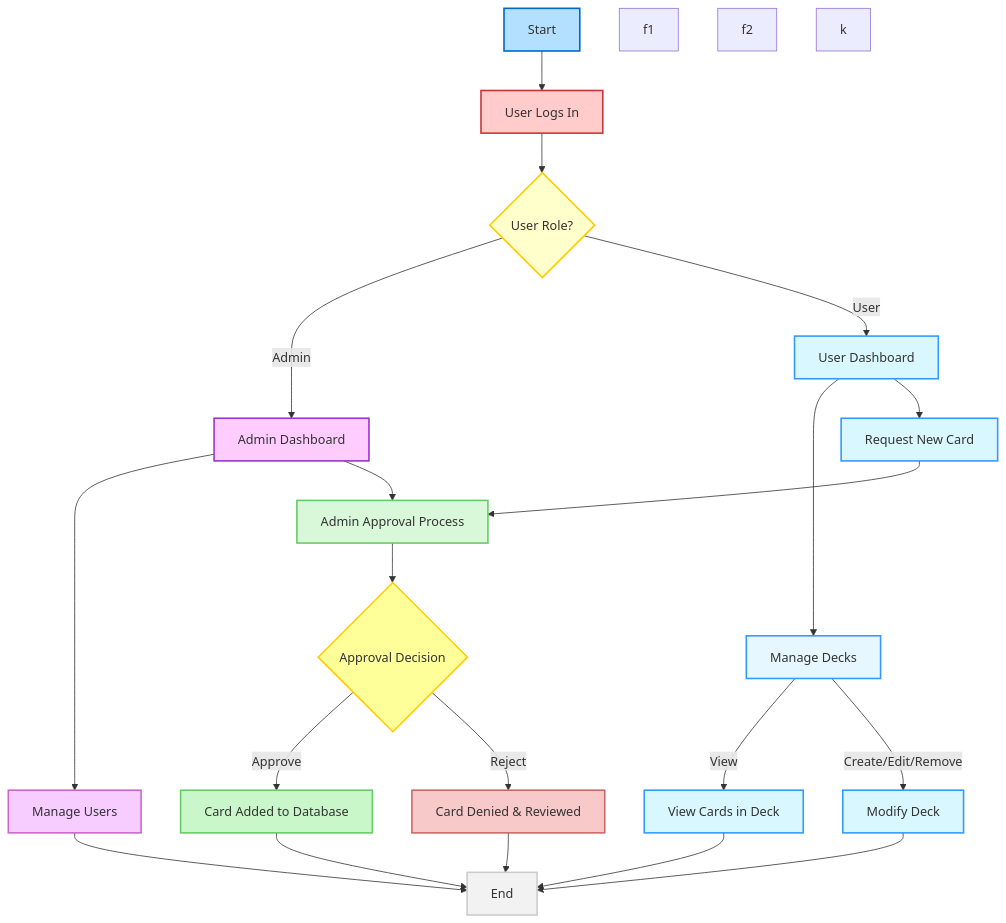
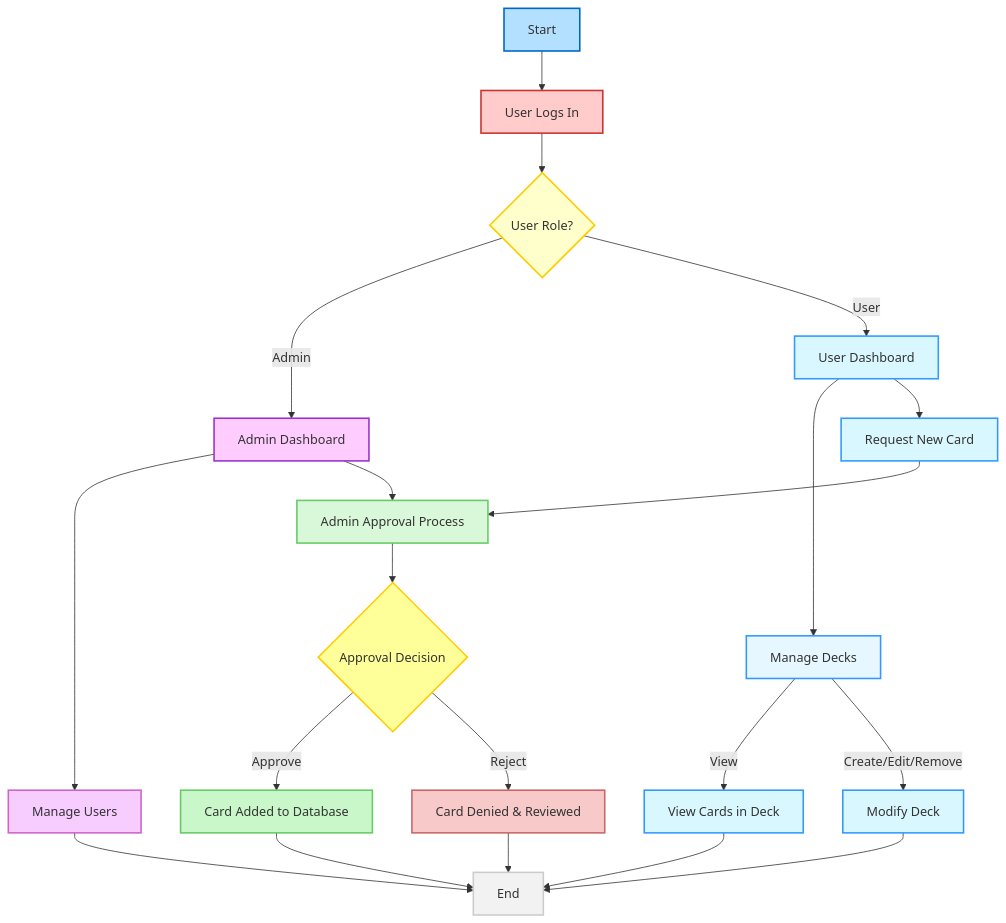
One commit to LoganPickell/git-practice-LoganPickell changed the second of 2 diagrams in Diagrams/READMYDIAGAMS.md. Above: the diagram before and after it, drawn with Mermaid.

Commit message:
Fix my fix for text color

````diff
--- a/Diagrams/READMYDIAGAMS.md
+++ b/Diagrams/READMYDIAGAMS.md
@@ -53,61 +53,61 @@
 ```mermaid
 flowchart TD
     %% Start Point
     A[Start] --> B[User Logs In]
 
     %% Role Decision
     B --> C{User Role?}
     C -->|Admin| D[Admin Dashboard]
     C -->|User| E[User Dashboard]
 
     %% User Dashboard Actions
     E --> F[Manage Decks]
     F -->|View| F1[View Cards in Deck]
     F -->|Create/Edit/Remove| F2[Modify Deck]
     E --> K[Request New Card]
 
     %% Admin Actions
     D --> N[Manage Users]
     D --> M[Admin Approval Process]
 
     %% Card Request linked to Admin Approval
     K --> M
 
     %% Approval Decision
     M --> M1{Approval Decision}
     M1 -->|Approve| O[Card Added to Database]
     M1 -->|Reject| P[Card Denied & Reviewed]
 
     %% End Point
     O --> V[End]
     P --> V
     F1 --> V
     F2 --> V
     N --> V
 
     %% Styling
     style A fill:#b3e0ff,stroke:#0066cc,stroke-width:2px, color:000000
     style B fill:#ffcccb,stroke:#cc3333,stroke-width:2px, color:000000
     style C fill:#ffffcc,stroke:#ffcc00,stroke-width:2px, color:000000
     style E fill:#d9f7ff,stroke:#3399ff,stroke-width:2px, color:000000
     style F fill:#e6f7ff,stroke:#3399ff,stroke-width:2px, color:000000
     style D fill:#ffccff,stroke:#9933cc,stroke-width:2px, color:000000
     style N fill:#f7ccff,stroke:#cc66cc,stroke-width:2px, color:000000
     style M fill:#d9f7d9,stroke:#66cc66,stroke-width:2px, color:000000
     style M1 fill:#ffff99,stroke:#ffcc00,stroke-width:2px, color:000000
     style O fill:#c9f7c9,stroke:#66cc66,stroke-width:2px, color:000000
     style P fill:#f7c9c9,stroke:#cc6666,stroke-width:2px, color:000000
     style V fill:#f2f2f2,stroke:#cccccc,stroke-width:2px, color:000000
-    style f1 fill: color:000000
-    style f2 fill: color:000000
-    style k fill: color:000000
+    style F1 fill: color:000000
+    style F2 fill: color:000000
+    style K fill: color:000000
 
     %% Role-Based Styling with classDef
     classDef user fill:#d9f7ff,stroke:#3399ff,stroke-width:2px;
     classDef admin fill:#ffccff,stroke:#9933cc,stroke-width:2px;
 
     %% Apply role-based classes explicitly
     class E,F1,F2,K user; 
     class D,N,M admin;     
 
 ```
````
